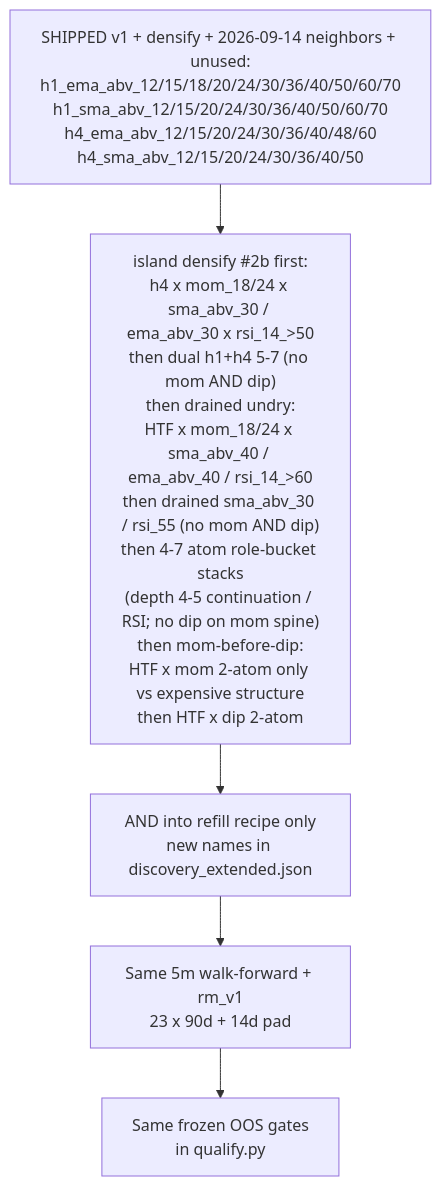
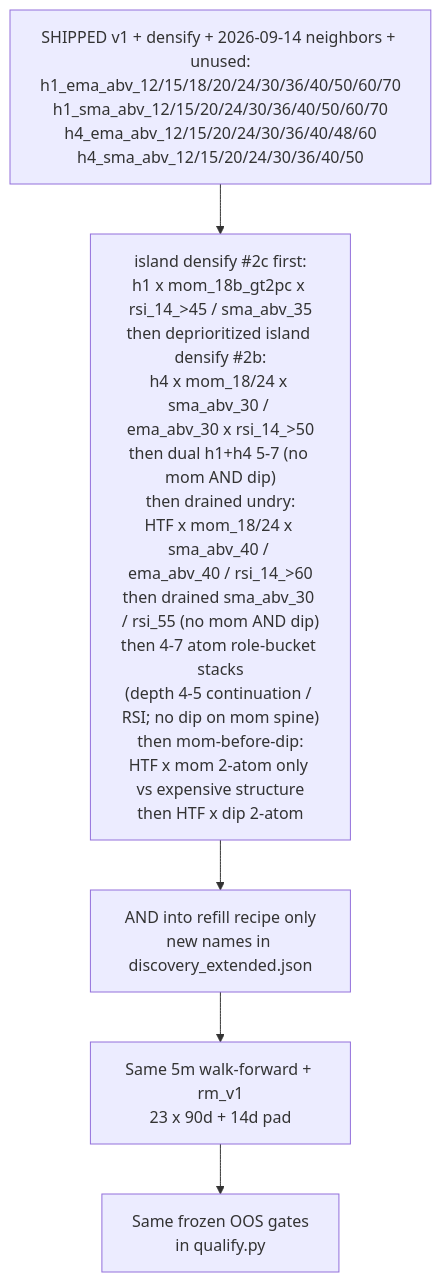
One commit to Runemark7/paper-trading-bot changed the third of 3 diagrams in docs/WORKFLOW.md. Above: the diagram before and after it, drawn with Mermaid. The commit also changed other lines of this file and 8 other files, not shown here.

First line of the commit message:
feat(discovery): undry admit island #2c

````diff
--- a/docs/WORKFLOW.md
+++ b/docs/WORKFLOW.md
@@ -189,10 +191,10 @@
 ```mermaid
 flowchart TB
   shipped["SHIPPED v1 + densify + 2026-09-14 neighbors + unused:\nh1_ema_abv_12/15/18/20/24/30/36/40/50/60/70\nh1_sma_abv_12/15/20/24/30/36/40/50/60/70\nh4_ema_abv_12/15/20/24/30/36/40/48/60\nh4_sma_abv_12/15/20/24/30/36/40/50"]
-  order["island densify #2b first:\nh4 x mom_18/24 x sma_abv_30 / ema_abv_30 x rsi_14_>50\nthen dual h1+h4 5-7 (no mom AND dip)\nthen drained undry:\nHTF x mom_18/24 x sma_abv_40 / ema_abv_40 / rsi_14_>60\nthen drained sma_abv_30 / rsi_55 (no mom AND dip)\nthen 4-7 atom role-bucket stacks\n(depth 4-5 continuation / RSI; no dip on mom spine)\nthen mom-before-dip:\nHTF x mom 2-atom only vs expensive structure\nthen HTF x dip 2-atom"]
+  order["island densify #2c first:\nh1 x mom_18b_gt2pc x rsi_14_>45 / sma_abv_35\nthen deprioritized island densify #2b:\nh4 x mom_18/24 x sma_abv_30 / ema_abv_30 x rsi_14_>50\nthen dual h1+h4 5-7 (no mom AND dip)\nthen drained undry:\nHTF x mom_18/24 x sma_abv_40 / ema_abv_40 / rsi_14_>60\nthen drained sma_abv_30 / rsi_55 (no mom AND dip)\nthen 4-7 atom role-bucket stacks\n(depth 4-5 continuation / RSI; no dip on mom spine)\nthen mom-before-dip:\nHTF x mom 2-atom only vs expensive structure\nthen HTF x dip 2-atom"]
   mintOnly["AND into refill recipe only\nnew names in discovery_extended.json"]
   sameEval["Same 5m walk-forward + rm_v1\n23 x 90d + 14d pad"]
   sameGate["Same frozen OOS gates\nin qualify.py"]
 
   shipped --> order --> mintOnly --> sameEval --> sameGate
 ```
````
